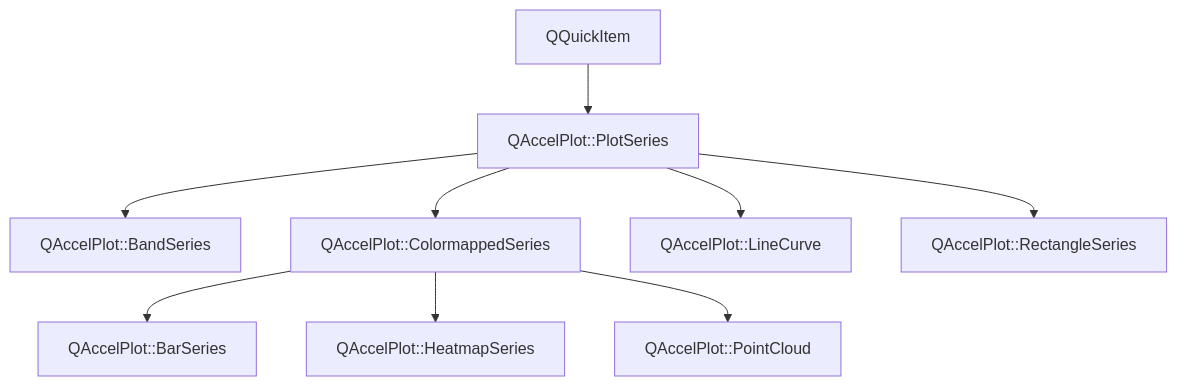
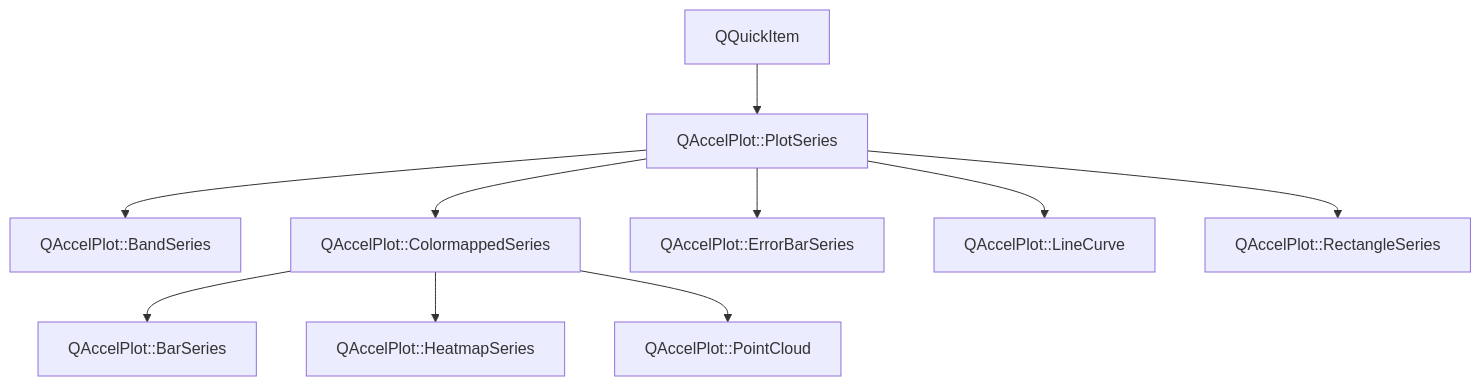
Before and after one commit to michalgrabarczyk/QAccelPlot: the diagram in main/assets/.doxy/QAccelPlot/api/classQAccelPlot_1_1PlotSeries.md, drawn with Mermaid. The commit also changed other lines of this file and 512 other files, not shown here.

````diff
--- a/main/assets/.doxy/QAccelPlot/api/classQAccelPlot_1_1PlotSeries.md
+++ b/main/assets/.doxy/QAccelPlot/api/classQAccelPlot_1_1PlotSeries.md
@@ -32,36 +32,40 @@
 ```mermaid
 flowchart TB
   classQAccelPlot_1_1PlotSeries["QAccelPlot::PlotSeries"]
 
   external_base_classQAccelPlot_1_1PlotSeries_1["QQuickItem"]
   external_base_classQAccelPlot_1_1PlotSeries_1 --> classQAccelPlot_1_1PlotSeries
 
   classQAccelPlot_1_1BandSeries["QAccelPlot::BandSeries"]
   classQAccelPlot_1_1PlotSeries --> classQAccelPlot_1_1BandSeries
   click classQAccelPlot_1_1BandSeries "../classQAccelPlot_1_1BandSeries/" "Open QAccelPlot::BandSeries"
 
   classQAccelPlot_1_1ColormappedSeries["QAccelPlot::ColormappedSeries"]
   classQAccelPlot_1_1PlotSeries --> classQAccelPlot_1_1ColormappedSeries
   click classQAccelPlot_1_1ColormappedSeries "../classQAccelPlot_1_1ColormappedSeries/" "Open QAccelPlot::ColormappedSeries"
 
   classQAccelPlot_1_1BarSeries["QAccelPlot::BarSeries"]
   classQAccelPlot_1_1ColormappedSeries --> classQAccelPlot_1_1BarSeries
   click classQAccelPlot_1_1BarSeries "../classQAccelPlot_1_1BarSeries/" "Open QAccelPlot::BarSeries"
 
   classQAccelPlot_1_1HeatmapSeries["QAccelPlot::HeatmapSeries"]
   classQAccelPlot_1_1ColormappedSeries --> classQAccelPlot_1_1HeatmapSeries
   click classQAccelPlot_1_1HeatmapSeries "../classQAccelPlot_1_1HeatmapSeries/" "Open QAccelPlot::HeatmapSeries"
 
   classQAccelPlot_1_1PointCloud["QAccelPlot::PointCloud"]
   classQAccelPlot_1_1ColormappedSeries --> classQAccelPlot_1_1PointCloud
   click classQAccelPlot_1_1PointCloud "../classQAccelPlot_1_1PointCloud/" "Open QAccelPlot::PointCloud"
 
+  classQAccelPlot_1_1ErrorBarSeries["QAccelPlot::ErrorBarSeries"]
+  classQAccelPlot_1_1PlotSeries --> classQAccelPlot_1_1ErrorBarSeries
+  click classQAccelPlot_1_1ErrorBarSeries "../classQAccelPlot_1_1ErrorBarSeries/" "Open QAccelPlot::ErrorBarSeries"
+
   classQAccelPlot_1_1LineCurve["QAccelPlot::LineCurve"]
   classQAccelPlot_1_1PlotSeries --> classQAccelPlot_1_1LineCurve
   click classQAccelPlot_1_1LineCurve "../classQAccelPlot_1_1LineCurve/" "Open QAccelPlot::LineCurve"
 
   classQAccelPlot_1_1RectangleSeries["QAccelPlot::RectangleSeries"]
   classQAccelPlot_1_1PlotSeries --> classQAccelPlot_1_1RectangleSeries
   click classQAccelPlot_1_1RectangleSeries "../classQAccelPlot_1_1RectangleSeries/" "Open QAccelPlot::RectangleSeries"
 
 ```
````
